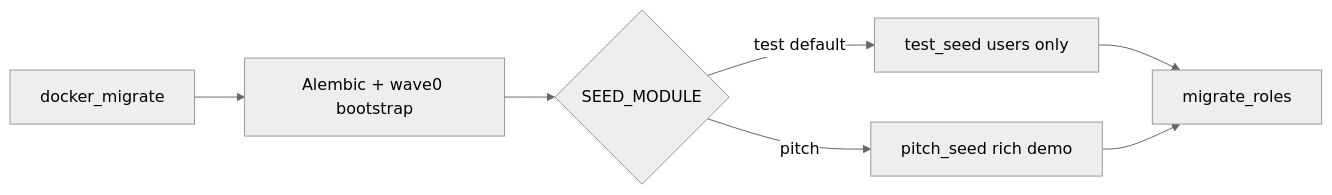
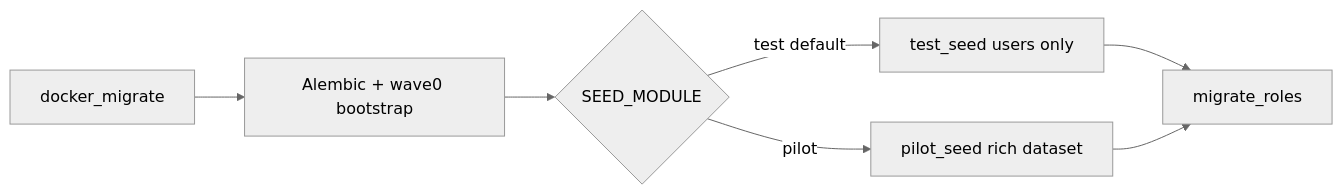
Before and after one commit to AAbdulghany/fms: the diagram in docs/guides/docker-seed-profiles.md, drawn with Mermaid (neutral theme). The commit also changed other lines of this file and 68 other files, not shown here.

First line of the commit message:
Retire demo env: pilot/dev/production cutover (wave 2).

````diff
--- a/docs/guides/docker-seed-profiles.md
+++ b/docs/guides/docker-seed-profiles.md
@@ -11,9 +11,9 @@
 ```mermaid
 flowchart LR
   migrate[docker_migrate] --> schema[Alembic + wave0 bootstrap]
   schema --> branch{SEED_MODULE}
   branch -->|test default| testSeed[test_seed users only]
-  branch -->|pitch| pitchSeed[pitch_seed rich demo]
+  branch -->|pilot| pilotSeed[pilot_seed rich dataset]
   testSeed --> roles[migrate_roles]
-  pitchSeed --> roles
+  pilotSeed --> roles
 ```
````
